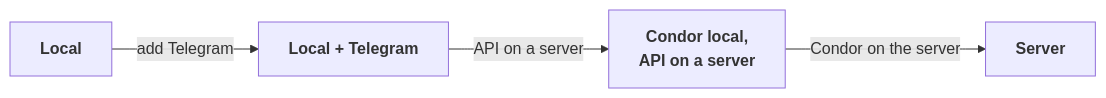
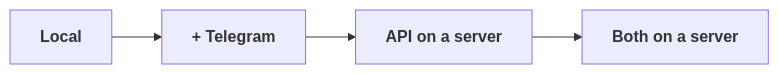
One commit to hummingbot/condor-docs changed the second of 2 diagrams in getting-started/installing.mdx. Above: the diagram before and after it, drawn with Mermaid. The commit also changed other lines of this file, not shown here.

Commit message:
Installing: shorter diagram labels so they render legibly

````diff
--- a/getting-started/installing.mdx
+++ b/getting-started/installing.mdx
@@ -198,4 +198,4 @@
 ```mermaid
 flowchart LR
-    L["<b>Local</b>"] -- "add Telegram" --> T["<b>Local + Telegram</b>"] -- "API on a server" --> H["<b>Condor local,<br/>API on a server</b>"] -- "Condor on the server" --> S["<b>Server</b>"]
+    L["<b>Local</b>"] --> T["<b>+ Telegram</b>"] --> H["<b>API on a server</b>"] --> S["<b>Both on a server</b>"]
 ```
````
